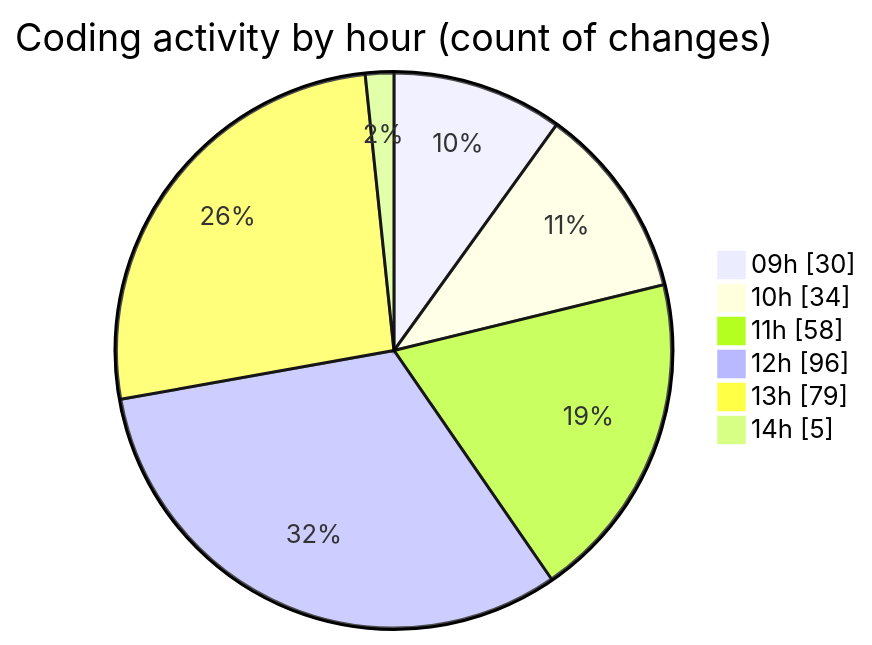
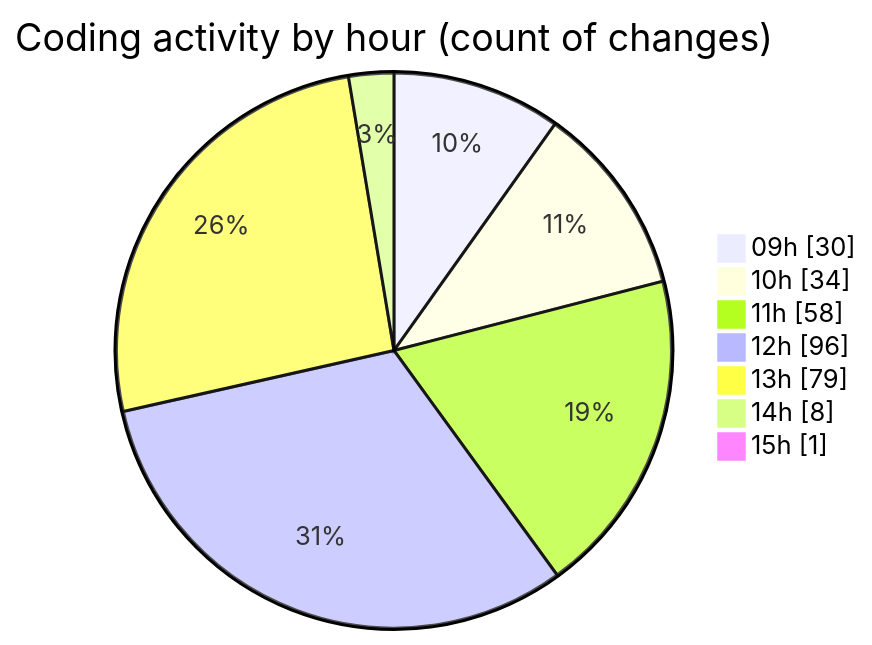
The second of 2 diagrams in 2025-04-02/cda/README.md (momahboobian/code-tracking), drawn with Mermaid before and after one commit. The commit also changed other lines of this file and 1 other file, not shown here.

````diff
--- a/2025-04-02/cda/README.md
+++ b/2025-04-02/cda/README.md
@@ -37,10 +37,11 @@
 ```mermaid
 pie showData
 title Coding activity by hour (count of changes)
 "09h" : 30
 "10h" : 34
 "11h" : 58
 "12h" : 96
 "13h" : 79
-"14h" : 5
+"14h" : 8
+"15h" : 1
 ```
````
